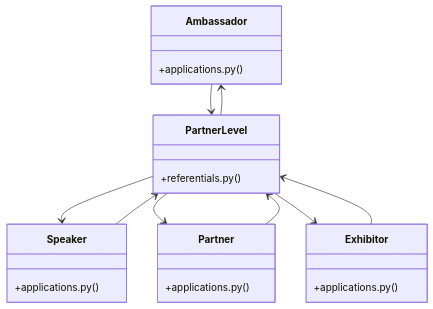
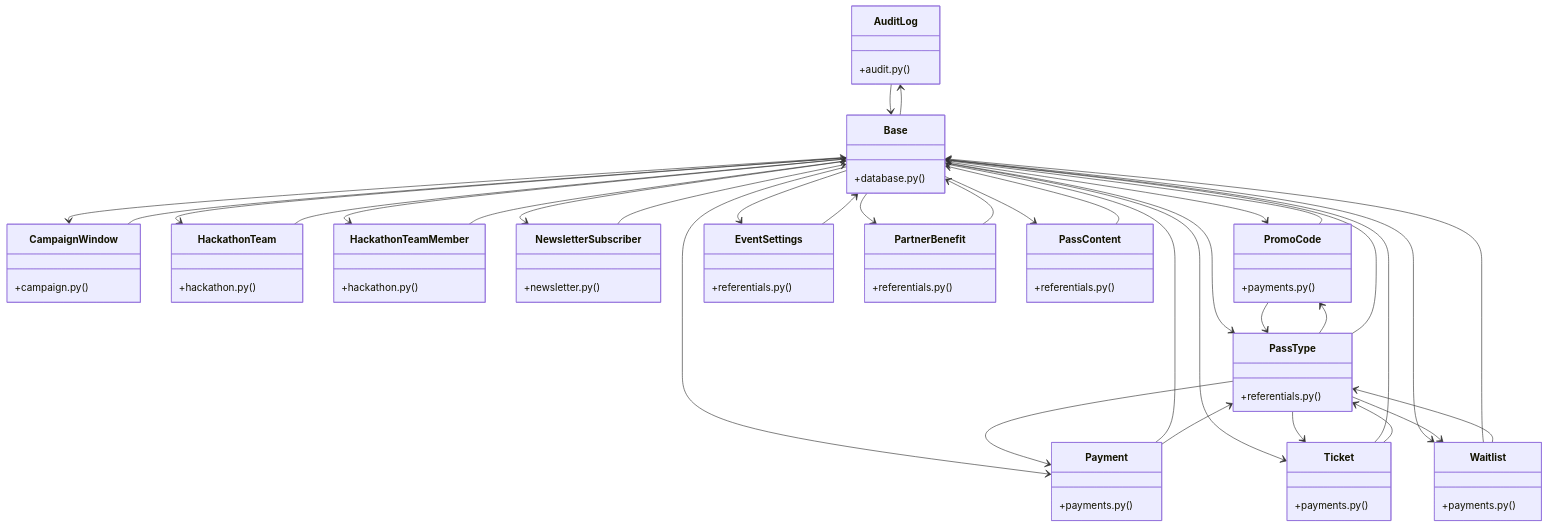
One commit to adjanayo/synca_conf_back changed the diagram in graphify-out/wiki/[get_settings()_&_upload_file()]_Cluster.md. Above: the diagram before and after it, drawn with Mermaid. The commit also changed other lines of this file and 92 other files, not shown here.

````diff
--- a/graphify-out/wiki/[get_settings()_&_upload_file()]_Cluster.md
+++ b/graphify-out/wiki/[get_settings()_&_upload_file()]_Cluster.md
@@ -36,26 +36,79 @@
 ```mermaid
 classDiagram
-    class Ambassador {
-        +applications.py()
+    class AuditLog {
+        +audit.py()
     }
-    class Exhibitor {
-        +applications.py()
+    class CampaignWindow {
+        +campaign.py()
     }
-    class Partner {
-        +applications.py()
+    class Base {
+        +database.py()
     }
-    class Speaker {
-        +applications.py()
+    class HackathonTeam {
+        +hackathon.py()
     }
-    class PartnerLevel {
+    class HackathonTeamMember {
+        +hackathon.py()
+    }
+    class NewsletterSubscriber {
+        +newsletter.py()
+    }
+    class Payment {
+        +payments.py()
+    }
+    class PromoCode {
+        +payments.py()
+    }
+    class Ticket {
+        +payments.py()
+    }
+    class Waitlist {
+        +payments.py()
+    }
+    class EventSettings {
         +referentials.py()
     }
-    Ambassador --> PartnerLevel
-    Exhibitor --> PartnerLevel
-    Partner --> PartnerLevel
-    Speaker --> PartnerLevel
-    PartnerLevel --> Speaker
-    PartnerLevel --> Ambassador
-    PartnerLevel --> Partner
-    PartnerLevel --> Exhibitor
+    class PartnerBenefit {
+        +referentials.py()
+    }
+    class PassContent {
+        +referentials.py()
+    }
+    class PassType {
+        +referentials.py()
+    }
+    AuditLog --> Base
+    CampaignWindow --> Base
+    Base --> HackathonTeam
+    Base --> HackathonTeamMember
+    Base --> PromoCode
+    Base --> Payment
+    Base --> Ticket
+    Base --> Waitlist
+    Base --> AuditLog
+    Base --> CampaignWindow
+    Base --> PassContent
+    Base --> PassType
+    Base --> PartnerBenefit
+    Base --> EventSettings
+    Base --> NewsletterSubscriber
+    HackathonTeam --> Base
+    HackathonTeamMember --> Base
+    NewsletterSubscriber --> Base
+    Payment --> Base
+    Payment --> PassType
+    PromoCode --> Base
+    PromoCode --> PassType
+    Ticket --> Base
+    Ticket --> PassType
+    Waitlist --> Base
+    Waitlist --> PassType
+    EventSettings --> Base
+    PartnerBenefit --> Base
+    PassContent --> Base
+    PassType --> PromoCode
+    PassType --> Payment
+    PassType --> Ticket
+    PassType --> Waitlist
+    PassType --> Base
 ```
````
